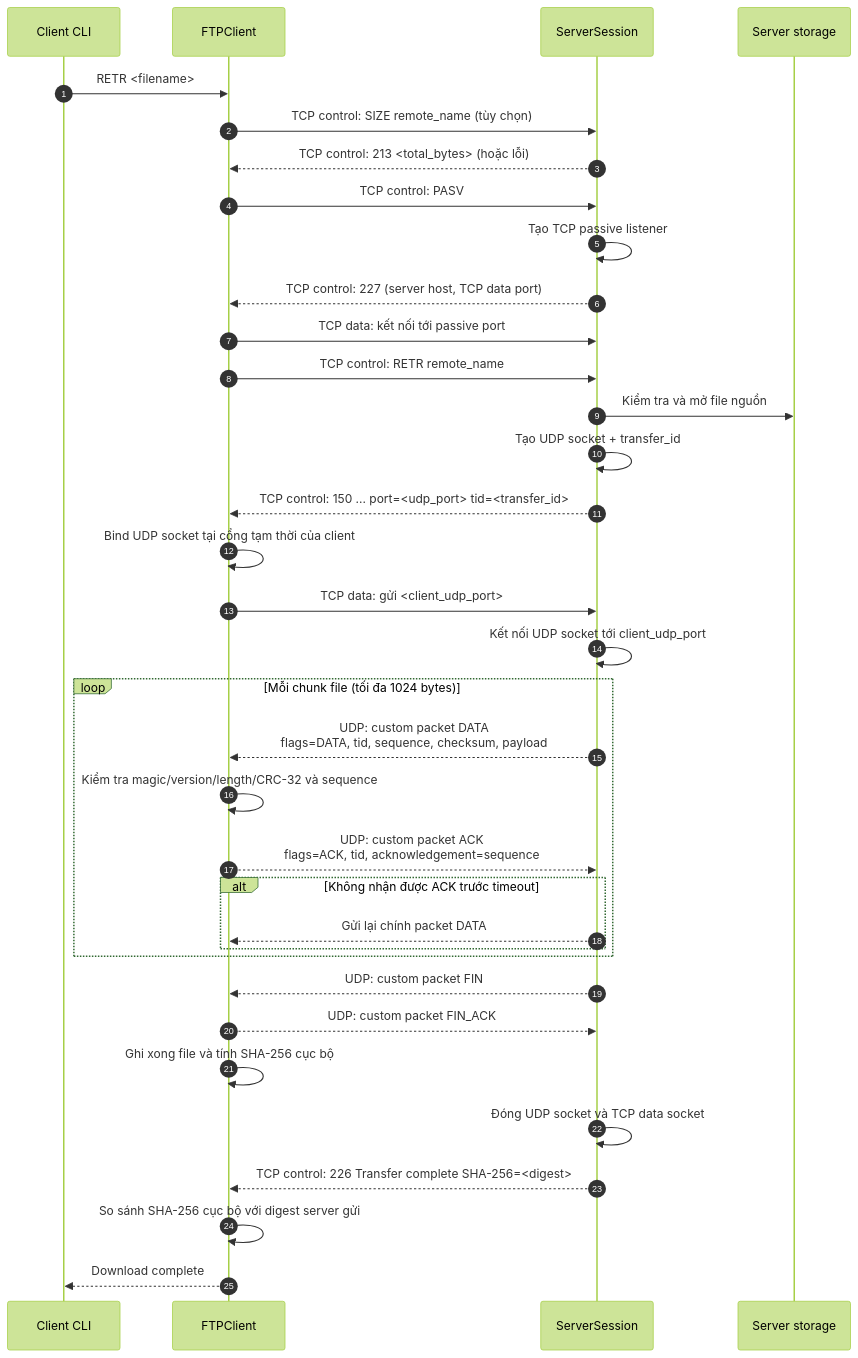
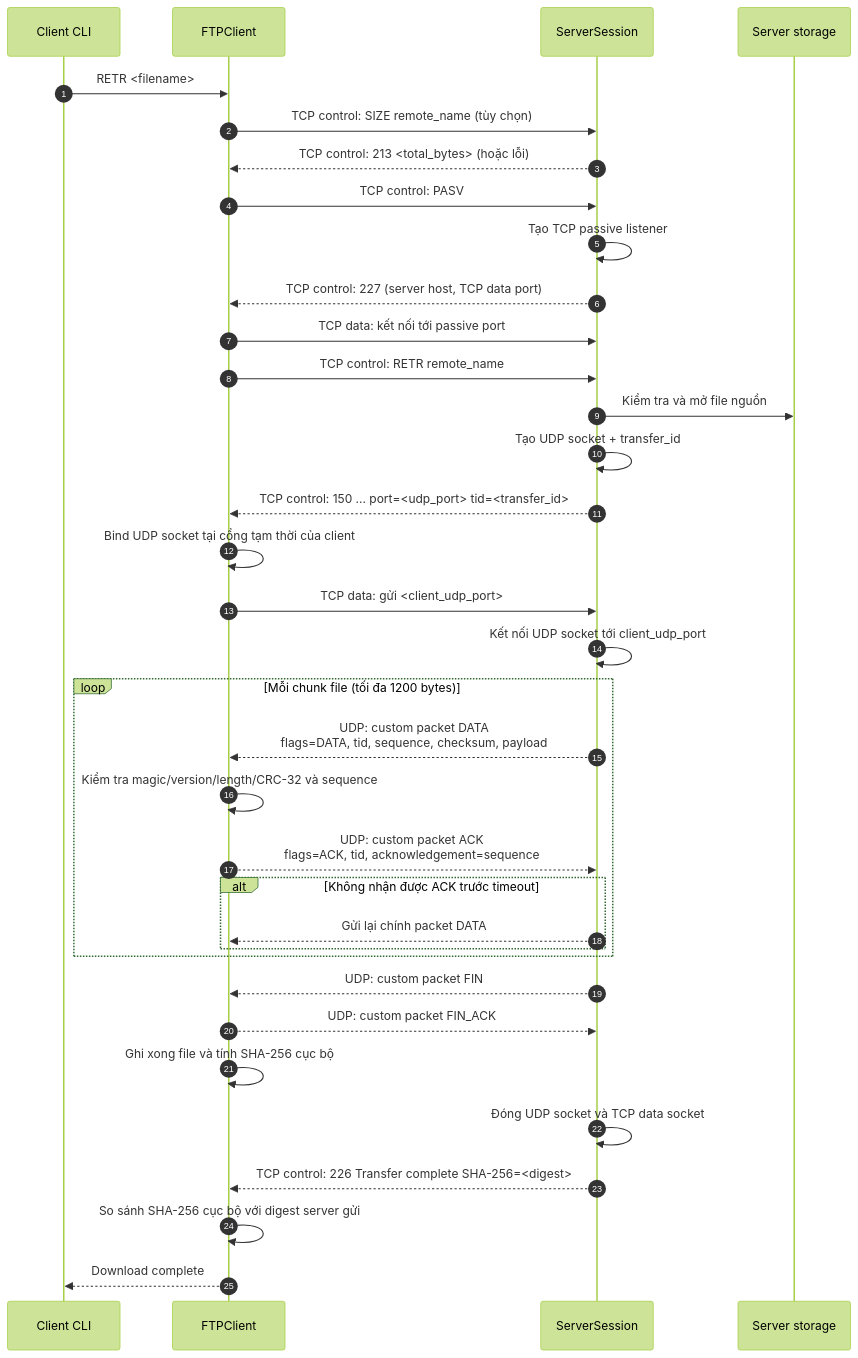
The diagram in docs/08-download-flow.md (levinhthuanle/Hybrid-FTP), drawn with Mermaid (forest theme) before and after one commit. The commit also changed 7 other files, not shown here.

````diff
--- a/docs/08-download-flow.md
+++ b/docs/08-download-flow.md
@@ -5,44 +5,44 @@
 ```mermaid
 sequenceDiagram
     autonumber
     participant CLI as Client CLI
     participant FC as FTPClient
     participant SC as ServerSession
     participant FS as Server storage
 
     CLI->>FC: RETR <filename>
     FC->>SC: TCP control: SIZE remote_name (tùy chọn)
     SC-->>FC: TCP control: 213 <total_bytes> (hoặc lỗi)
 
     FC->>SC: TCP control: PASV
     SC->>SC: Tạo TCP passive listener
     SC-->>FC: TCP control: 227 (server host, TCP data port)
     FC->>SC: TCP data: kết nối tới passive port
 
     FC->>SC: TCP control: RETR remote_name
     SC->>FS: Kiểm tra và mở file nguồn
     SC->>SC: Tạo UDP socket + transfer_id
     SC-->>FC: TCP control: 150 ... port=<udp_port> tid=<transfer_id>
 
     FC->>FC: Bind UDP socket tại cổng tạm thời của client
     FC->>SC: TCP data: gửi <client_udp_port>
     SC->>SC: Kết nối UDP socket tới client_udp_port
 
-    loop Mỗi chunk file (tối đa 1024 bytes)
+    loop Mỗi chunk file (tối đa 1200 bytes)
         SC-->>FC: UDP: custom packet DATA<br/>flags=DATA, tid, sequence, checksum, payload
         FC->>FC: Kiểm tra magic/version/length/CRC-32 và sequence
         FC-->>SC: UDP: custom packet ACK<br/>flags=ACK, tid, acknowledgement=sequence
         alt Không nhận được ACK trước timeout
             SC-->>FC: Gửi lại chính packet DATA
         end
     end
 
     SC-->>FC: UDP: custom packet FIN
     FC-->>SC: UDP: custom packet FIN_ACK
     FC->>FC: Ghi xong file và tính SHA-256 cục bộ
 
     SC->>SC: Đóng UDP socket và TCP data socket
     SC-->>FC: TCP control: 226 Transfer complete SHA-256=<digest>
     FC->>FC: So sánh SHA-256 cục bộ với digest server gửi
     FC-->>CLI: Download complete
 ```
````
